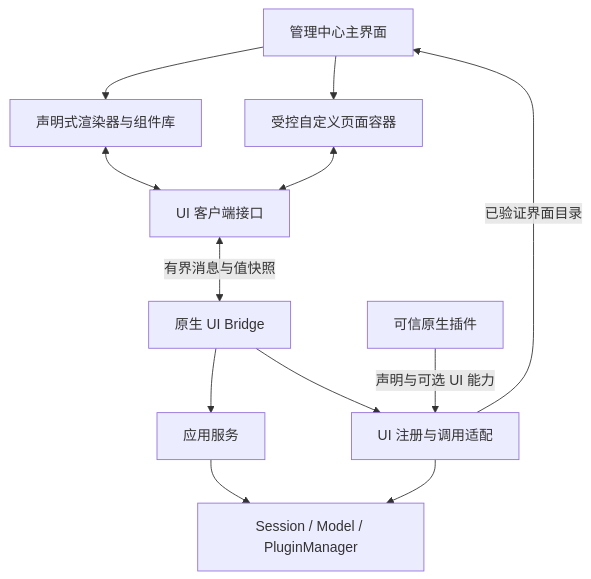
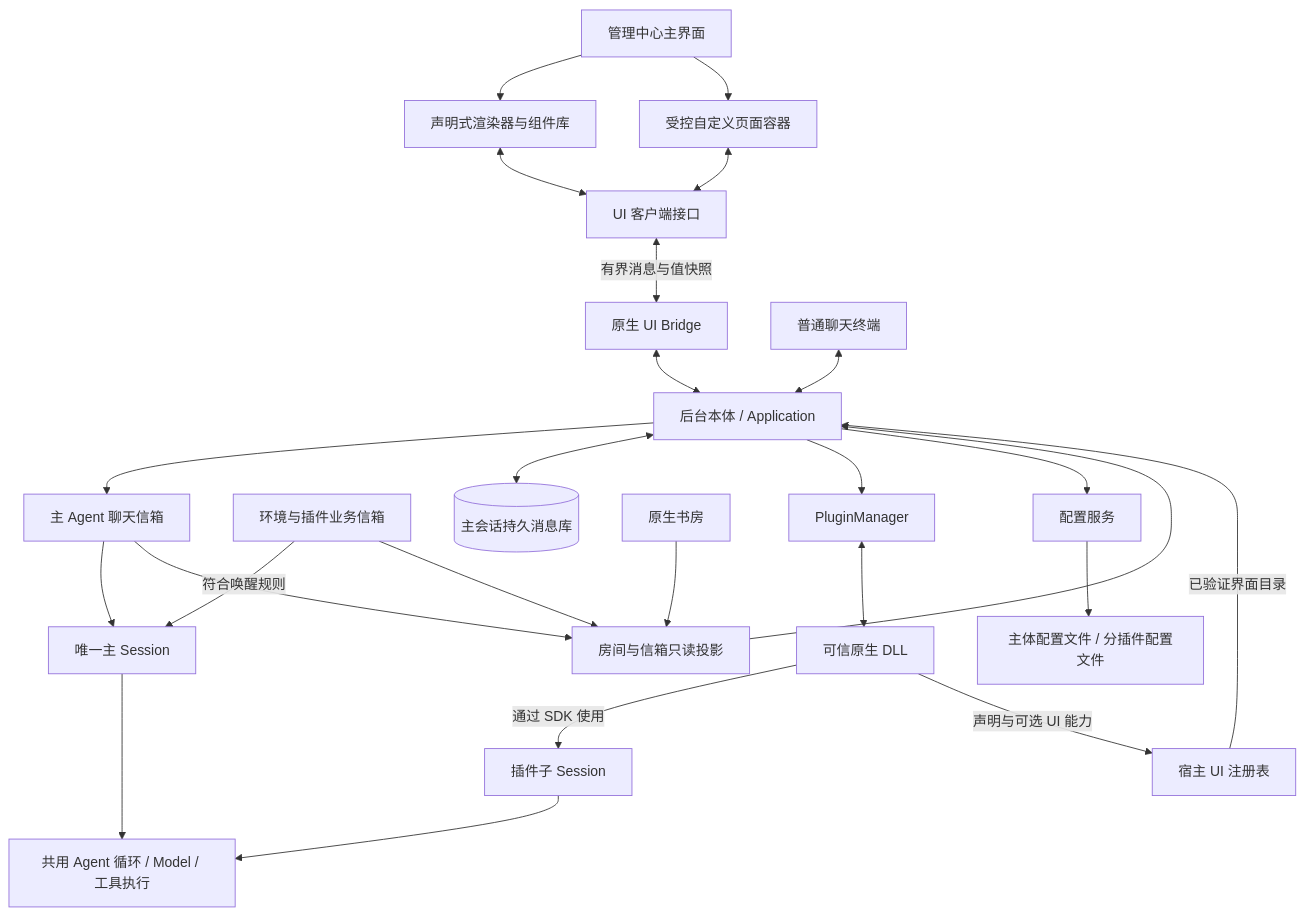
One commit to AuraKaliya/DaFeiYu- changed the first of 2 diagrams in docs/ui-framework-design.md. Above: the diagram before and after it, drawn with Mermaid. The commit also changed other lines of this file and 5 other files, not shown here.

````diff
--- a/docs/ui-framework-design.md
+++ b/docs/ui-framework-design.md
@@ -55,14 +66,27 @@
 ```mermaid
 flowchart TB
     Shell[管理中心主界面] --> Renderer[声明式渲染器与组件库]
     Shell --> Custom[受控自定义页面容器]
     Renderer <--> Client[UI 客户端接口]
     Custom <--> Client
     Client <-->|有界消息与值快照| Bridge[原生 UI Bridge]
-    Bridge --> App[应用服务]
-    Bridge --> Registry[UI 注册与调用适配]
-    App --> Core[Session / Model / PluginManager]
-    Registry --> Core
-    Plugin[可信原生插件] -->|声明与可选 UI 能力| Registry
-    Registry -->|已验证界面目录| Shell
+    Bridge <--> App[后台本体 / Application]
+    CLI[普通聊天终端] <--> App
+    App --> Inbox[主 Agent 聊天信箱]
+    Inbox --> Main[唯一主 Session]
+    Source[环境与插件业务信箱] -->|符合唤醒规则| Main
+    Main --> Loop[共用 Agent 循环 / Model / 工具执行]
+    Child[插件子 Session] --> Loop
+    App <--> Messages[(主会话持久消息库)]
+    Room[原生书房] --> Projection[房间与信箱只读投影]
+    Inbox --> Projection
+    Source --> Projection
+    Projection --> App
+    App --> Manager[PluginManager]
+    Manager <--> Plugin[可信原生 DLL]
+    Plugin -->|通过 SDK 使用| Child
+    Plugin -->|声明与可选 UI 能力| Registry[宿主 UI 注册表]
+    Registry -->|已验证界面目录| App
+    App --> Settings[配置服务]
+    Settings --> Files[主体配置文件 / 分插件配置文件]
 ```
````
